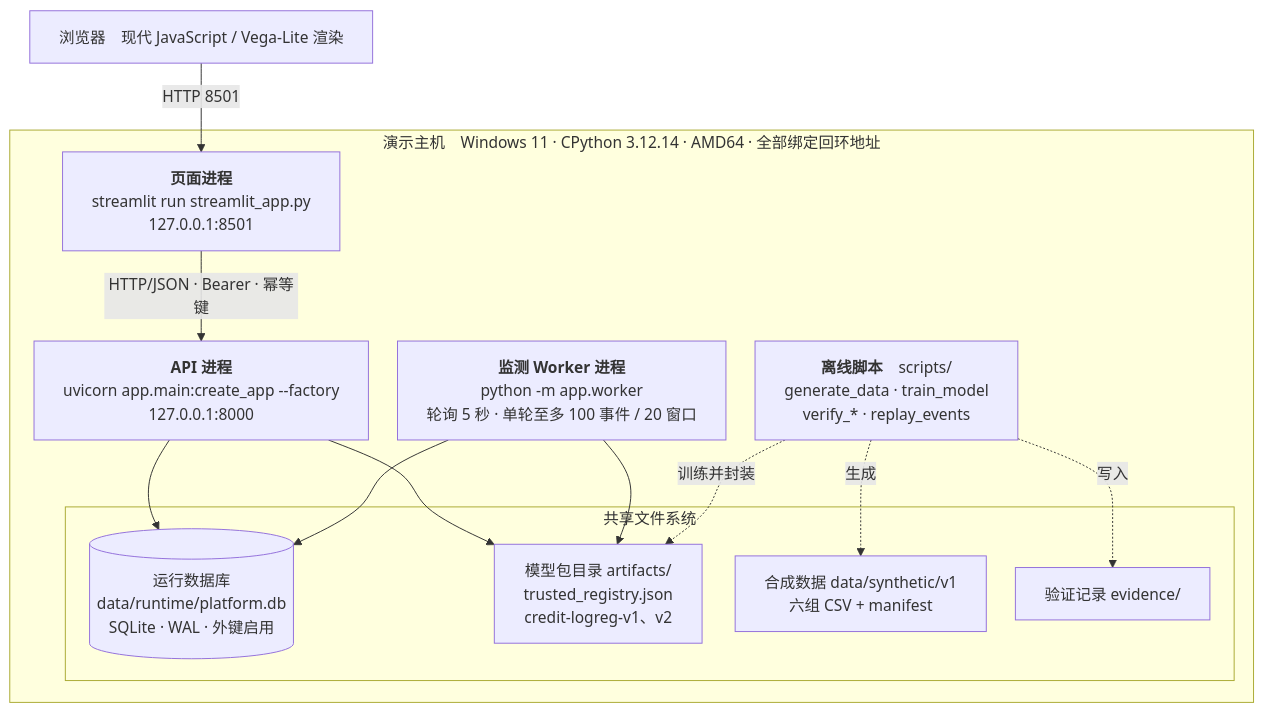
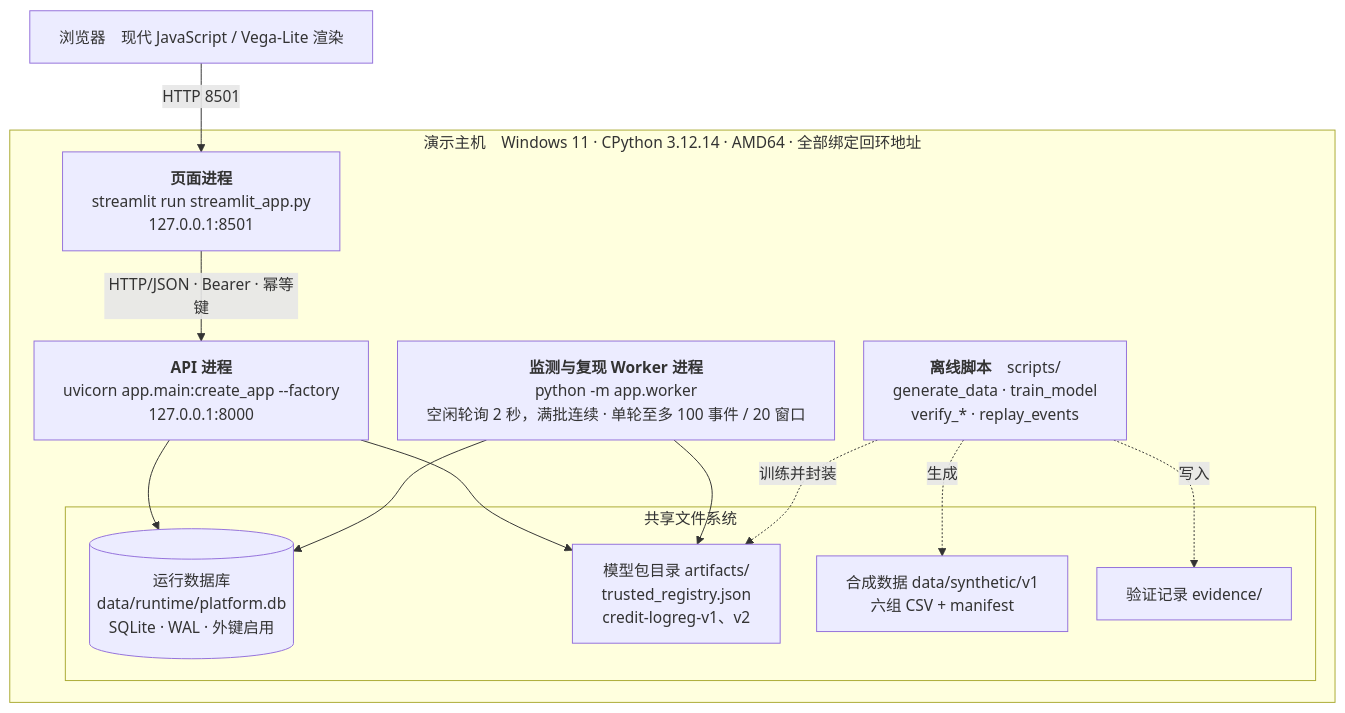
The diagram in docs/diagrams/B5-deployment.mmd (Cherable/financial-ai-model-risk-platform), drawn with Mermaid before and after one commit. The commit also changed 31 other files, not shown here.

```diff
--- a/docs/diagrams/B5-deployment.mmd
+++ b/docs/diagrams/B5-deployment.mmd
@@ -1,24 +1,24 @@
 %%{init: {"flowchart": {"wrappingWidth": 500, "nodeSpacing": 30, "rankSpacing": 45}}}%%
 flowchart TB
   B["浏览器　现代 JavaScript / Vega-Lite 渲染"]
   subgraph HOST["演示主机　Windows 11 · CPython 3.12.14 · AMD64 · 全部绑定回环地址"]
     P3["<b>页面进程</b><br/>streamlit run streamlit_app.py<br/>127.0.0.1:8501"]
     P1["<b>API 进程</b><br/>uvicorn app.main:create_app --factory<br/>127.0.0.1:8000"]
-    P2["<b>监测 Worker 进程</b><br/>python -m app.worker<br/>轮询 5 秒 · 单轮至多 100 事件 / 20 窗口"]
+    P2["<b>监测与复现 Worker 进程</b><br/>python -m app.worker<br/>空闲轮询 2 秒，满批连续 · 单轮至多 100 事件 / 20 窗口"]
     subgraph FILE["共享文件系统"]
       DB[("运行数据库<br/>data/runtime/platform.db<br/>SQLite · WAL · 外键启用")]
       ART["模型包目录 artifacts/<br/>trusted_registry.json<br/>credit-logreg-v1、v2"]
       DATA["合成数据 data/synthetic/v1<br/>六组 CSV + manifest"]
       EV["验证记录 evidence/"]
     end
     OFF["<b>离线脚本</b>　scripts/<br/>generate_data · train_model<br/>verify_* · replay_events"]
   end
   B -->|"HTTP 8501"| P3
   P3 -->|"HTTP/JSON · Bearer · 幂等键"| P1
   P1 --> DB
   P1 --> ART
   P2 --> DB
   P2 --> ART
   OFF -.->|生成| DATA
   OFF -.->|训练并封装| ART
   OFF -.->|写入| EV
```
